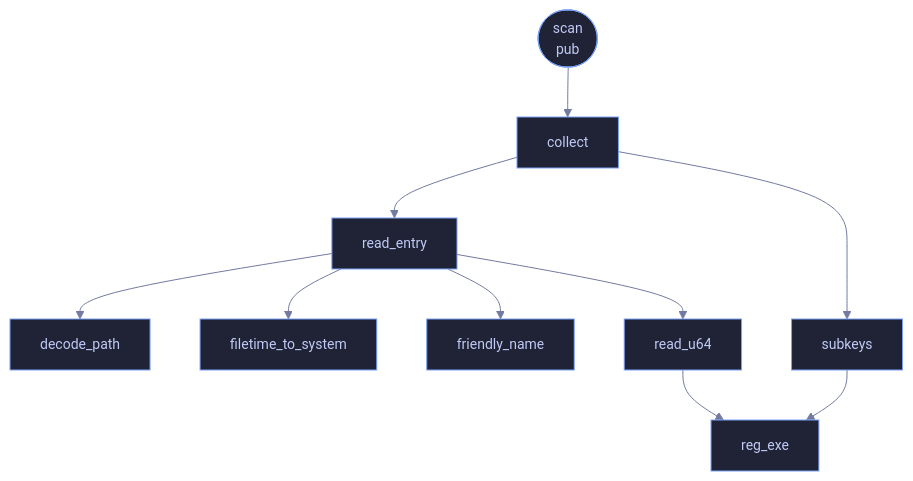
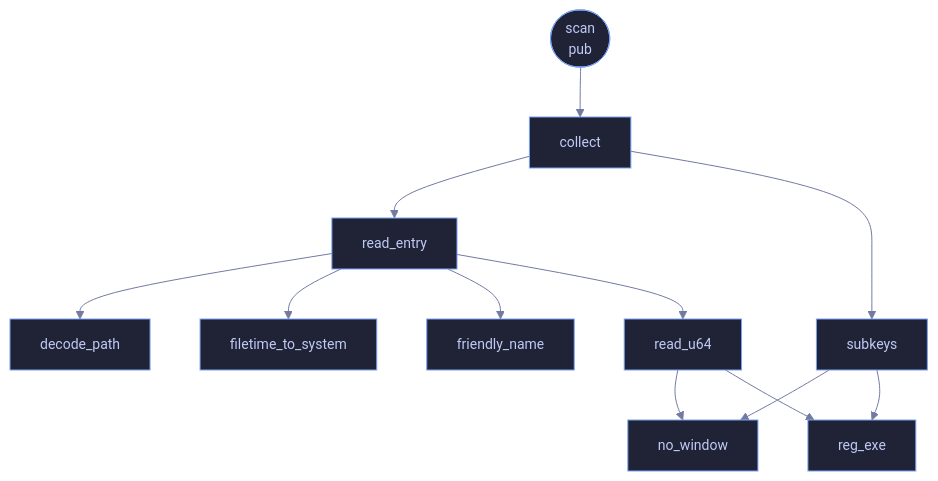
One commit to tilas01/veilvoice changed the diagram in docs/files/veilvoice-watch/windows.md. Above: the diagram before and after it, drawn with Mermaid. The commit also changed other lines of this file and 309 other files, not shown here.

````diff
--- a/docs/files/veilvoice-watch/windows.md
+++ b/docs/files/veilvoice-watch/windows.md
@@ -57,22 +57,25 @@
 ```mermaid
 %%{init: {"theme":"base","themeVariables":{"background":"#1a1b26","primaryColor":"#1f2335","primaryTextColor":"#c0caf5","primaryBorderColor":"#7aa2f7","secondaryColor":"#16161e","tertiaryColor":"#16161e","lineColor":"#737aa2","textColor":"#c0caf5","mainBkg":"#1f2335","nodeBorder":"#7aa2f7","clusterBkg":"#16161e","clusterBorder":"#2f3549","fontFamily":"ui-monospace, SFMono-Regular, Consolas, monospace","fontSize":"14px"}}}%%
 flowchart TD
+    n_no_window["no_window"]
     n_reg_exe["reg_exe"]
     n_scan(["scan<br/>pub"])
     n_collect["collect"]
     n_subkeys["subkeys"]
     n_read_entry["read_entry"]
     n_read_u64["read_u64"]
     n_decode_path["decode_path"]
     n_friendly_name["friendly_name"]
     n_filetime_to_system["filetime_to_system"]
     n_collect --> n_read_entry
     n_collect --> n_subkeys
     n_read_entry --> n_decode_path
     n_read_entry --> n_filetime_to_system
     n_read_entry --> n_friendly_name
     n_read_entry --> n_read_u64
+    n_read_u64 --> n_no_window
     n_read_u64 --> n_reg_exe
     n_scan --> n_collect
+    n_subkeys --> n_no_window
     n_subkeys --> n_reg_exe
 ```
````
